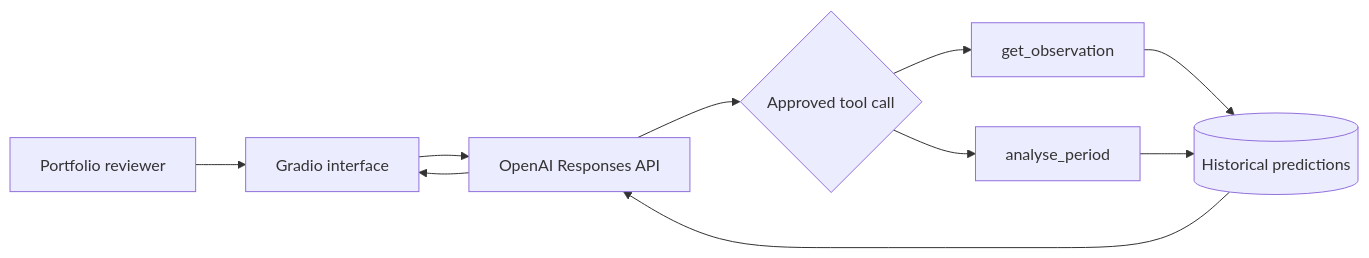
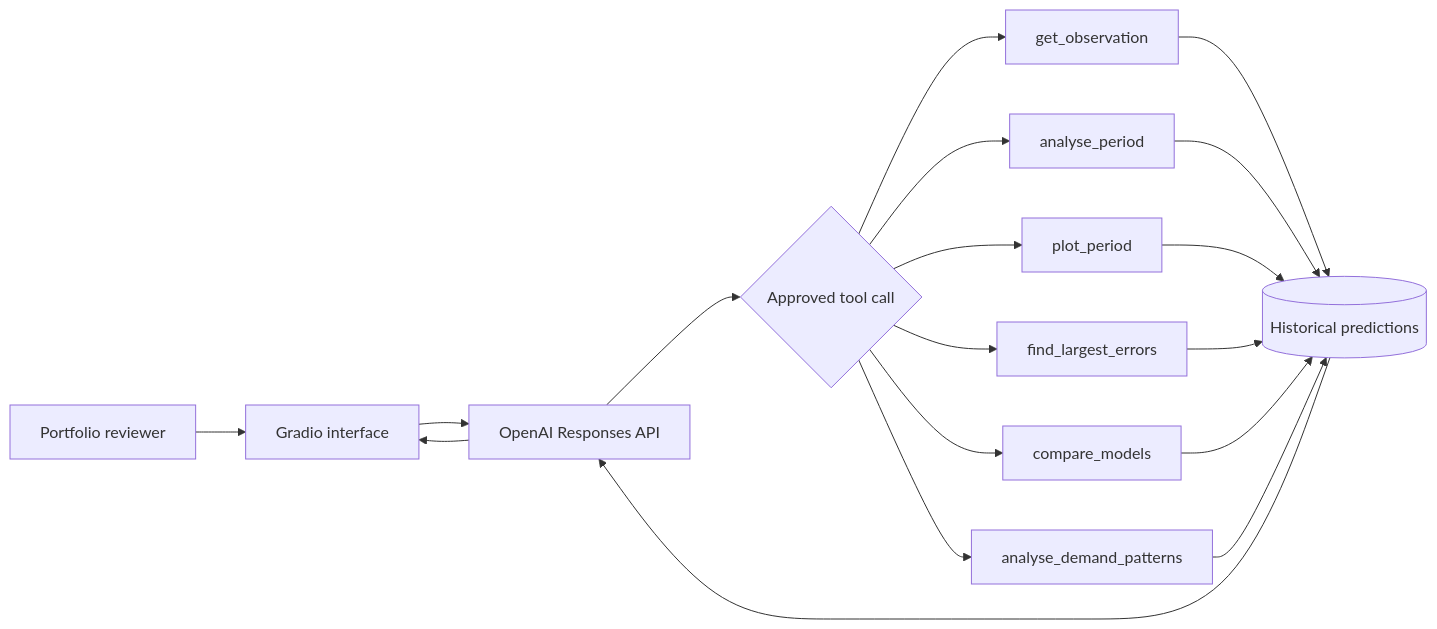
Before and after one commit to jagminderunsw/Nsw-Electricity-Demand-Forecasting: the diagram in README.md, drawn with Mermaid. The commit also changed other lines of this file and 1 other file, not shown here.

````diff
--- a/README.md
+++ b/README.md
@@ -64,12 +73,20 @@
 ```mermaid
 flowchart LR
     U[Portfolio reviewer] --> G[Gradio interface]
     G --> O[OpenAI Responses API]
     O --> T{Approved tool call}
     T --> A[get_observation]
     T --> P[analyse_period]
+    T --> C[plot_period]
+    T --> E[find_largest_errors]
+    T --> M[compare_models]
+    T --> R[analyse_demand_patterns]
     A --> D[(Historical predictions)]
     P --> D
+    C --> D
+    E --> D
+    M --> D
+    R --> D
     D --> O
     O --> G
 ```
````
